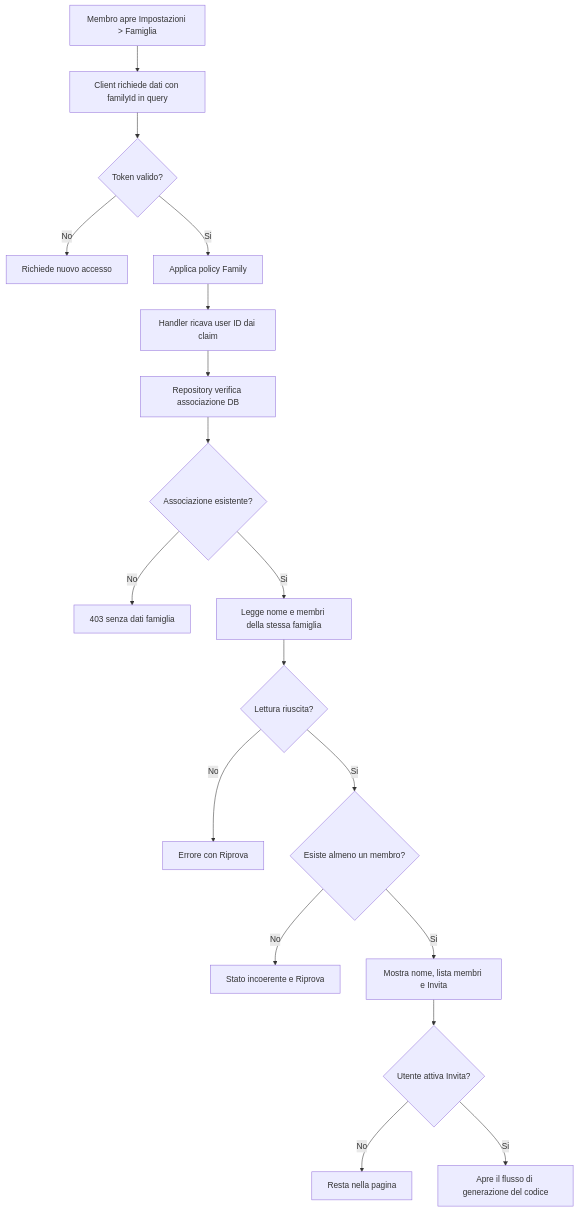
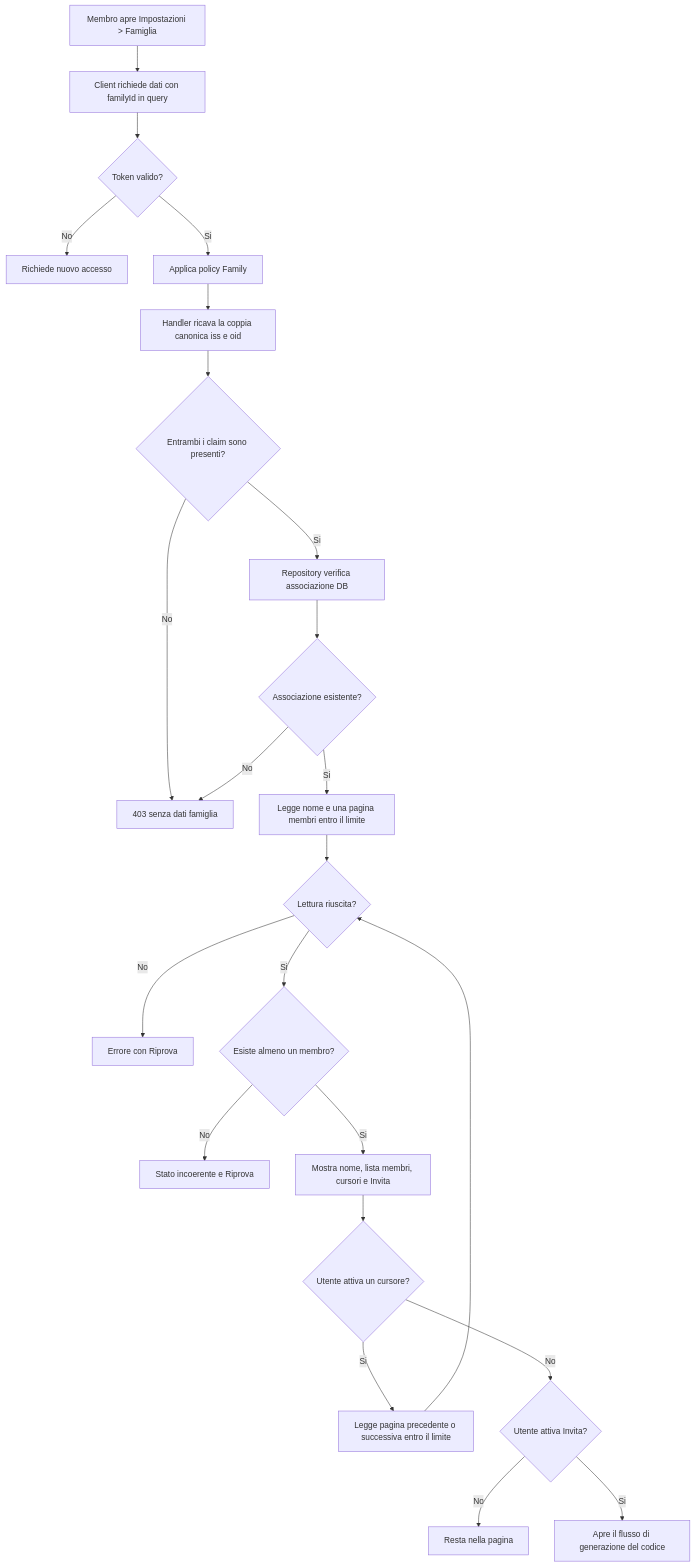
One commit to martinabruni/DA.KinHub changed the diagram in docs/kinlist/research/tasks/family-settings-members/research.md. Above: the diagram before and after it, drawn with Mermaid. The commit also changed other lines of this file and 17 other files, not shown here.

````diff
--- a/docs/kinlist/research/tasks/family-settings-members/research.md
+++ b/docs/kinlist/research/tasks/family-settings-members/research.md
@@ -98,20 +101,25 @@
 ```mermaid
 flowchart TD
     A["Membro apre Impostazioni > Famiglia"] --> B["Client richiede dati con familyId in query"]
     B --> C{"Token valido?"}
     C -- No --> D["Richiede nuovo accesso"]
     C -- Si --> E["Applica policy Family"]
-    E --> F["Handler ricava user ID dai claim"]
-    F --> G["Repository verifica associazione DB"]
-    G --> H{"Associazione esistente?"}
+    E --> F["Handler ricava la coppia canonica iss e oid"]
+    F --> G{"Entrambi i claim sono presenti?"}
+    G -- No --> I
+    G -- Si --> S["Repository verifica associazione DB"]
+    S --> H{"Associazione esistente?"}
     H -- No --> I["403 senza dati famiglia"]
-    H -- Si --> J["Legge nome e membri della stessa famiglia"]
+    H -- Si --> J["Legge nome e una pagina membri entro il limite"]
     J --> K{"Lettura riuscita?"}
     K -- No --> L["Errore con Riprova"]
     K -- Si --> M{"Esiste almeno un membro?"}
     M -- No --> N["Stato incoerente e Riprova"]
-    M -- Si --> O["Mostra nome, lista membri e Invita"]
-    O --> P{"Utente attiva Invita?"}
+    M -- Si --> O["Mostra nome, lista membri, cursori e Invita"]
+    O --> T{"Utente attiva un cursore?"}
+    T -- Si --> U["Legge pagina precedente o successiva entro il limite"]
+    U --> K
+    T -- No --> P{"Utente attiva Invita?"}
     P -- No --> Q["Resta nella pagina"]
     P -- Si --> R["Apre il flusso di generazione del codice"]
 ```
````
